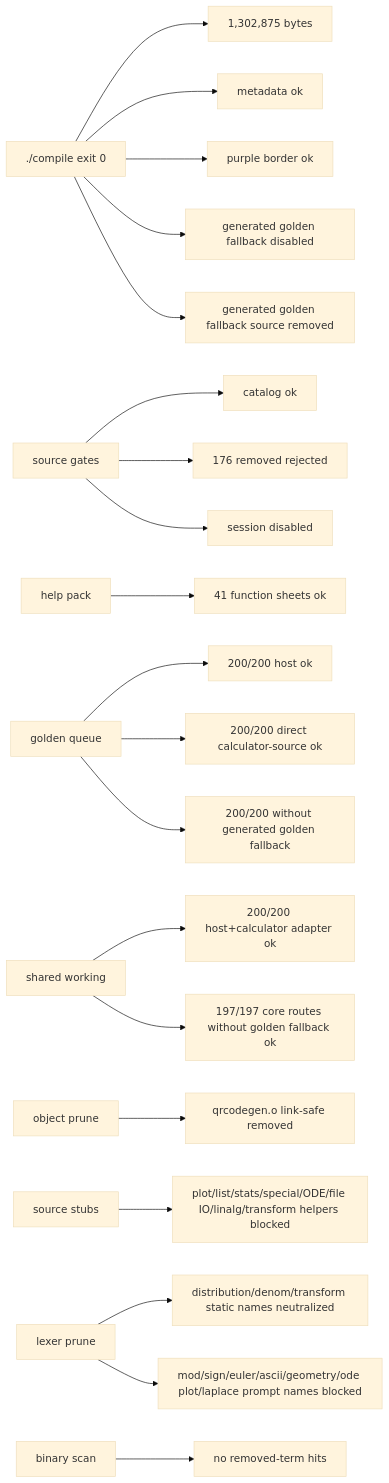
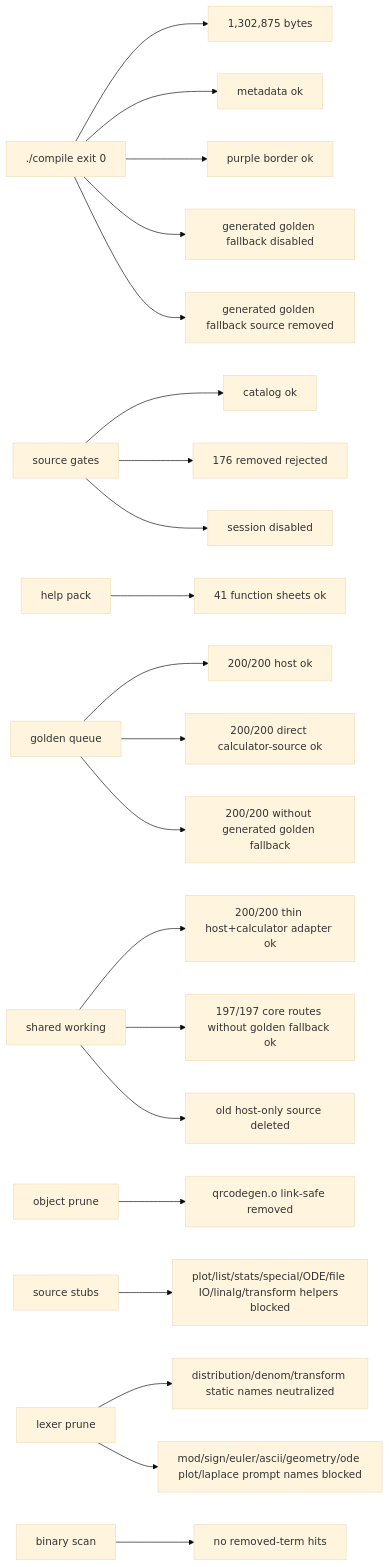
Before and after one commit to james8464/notes-addin-casio-fx-cg50: the seventh of 7 diagrams in docs/GRAPH.md, drawn with Mermaid (base theme). The commit also changed other lines of this file and 43 other files, not shown here.

Commit message:
test: use same-source host runner only

````diff
--- a/docs/GRAPH.md
+++ b/docs/GRAPH.md
@@ -154,22 +154,23 @@
 ```mermaid
 graph LR
   Build["./compile exit 0"] --> Size["1,302,875 bytes"]
   Build --> Meta["metadata ok"]
   Build --> Border["purple border ok"]
   Build --> NoRuntimeFallback["generated golden fallback disabled"]
   Build --> NoRuntimeSource["generated golden fallback source removed"]
   Source["source gates"] --> Catalog["catalog ok"]
   Source --> Removed["176 removed rejected"]
   Source --> Session["session disabled"]
   Help["help pack"] --> HelpQ["41 function sheets ok"]
   Queue["golden queue"] --> QueueRun["200/200 host ok"]
   Queue --> GoldenRun["200/200 direct calculator-source ok"]
   Queue --> NoGolden["200/200 without generated golden fallback"]
-  Shared["shared working"] --> SharedRun["200/200 host+calculator adapter ok"]
+  Shared["shared working"] --> SharedRun["200/200 thin host+calculator adapter ok"]
   Shared --> CoreRun["197/197 core routes without golden fallback ok"]
+  Shared --> NoHostSrc["old host-only source deleted"]
   Obj["object prune"] --> QR["qrcodegen.o link-safe removed"]
   Macro["source stubs"] --> Stubbed["plot/list/stats/special/ODE/file IO/linalg/transform helpers blocked"]
   Static["lexer prune"] --> StaticRun["distribution/denom/transform static names neutralized"]
   Static --> PromptRun["mod/sign/euler/ascii/geometry/ode plot/laplace prompt names blocked"]
   Bin["binary scan"] --> NoLeak["no removed-term hits"]
 ```
````
